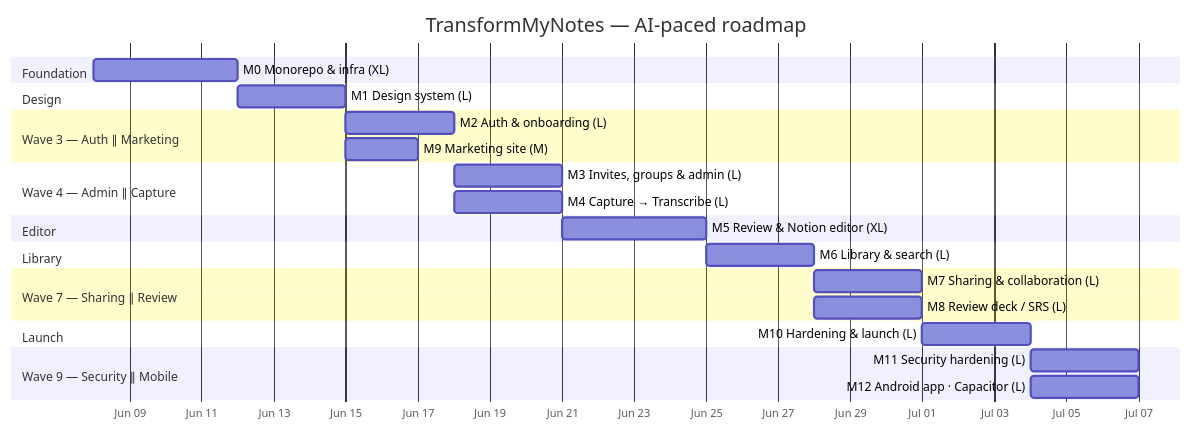
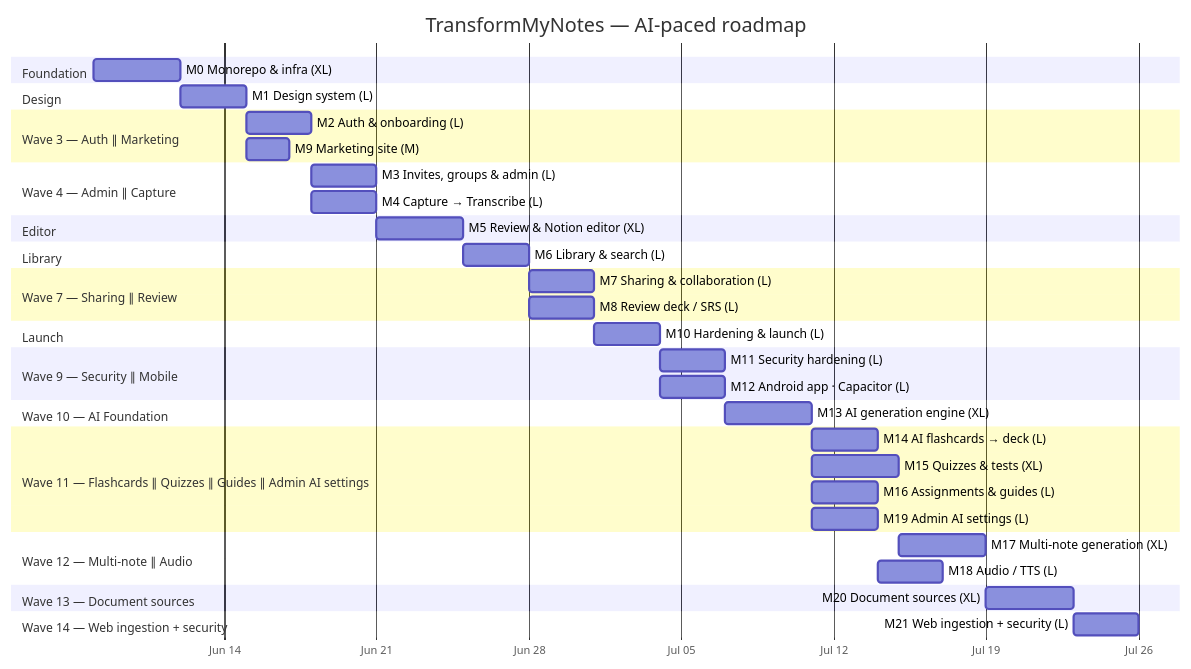
One commit to jasonp2323/transformmynotes changed the second of 2 diagrams in docs/milestones/ROADMAP.md. Above: the diagram before and after it, drawn with Mermaid. The commit also changed other lines of this file and 10 other files, not shown here.

````diff
--- a/docs/milestones/ROADMAP.md
+++ b/docs/milestones/ROADMAP.md
@@ -44,28 +71,42 @@
 ```mermaid
 gantt
   title TransformMyNotes — AI-paced roadmap
   dateFormat YYYY-MM-DD
   axisFormat %b %d
   section Foundation
   M0 Monorepo & infra (XL)      :m0, 2026-06-08, 4d
   section Design
   M1 Design system (L)          :m1, after m0, 3d
   section Wave 3 — Auth ∥ Marketing
   M2 Auth & onboarding (L)      :m2, after m1, 3d
   M9 Marketing site (M)         :m9, after m1, 2d
   section Wave 4 — Admin ∥ Capture
   M3 Invites, groups & admin (L):m3, after m2, 3d
   M4 Capture → Transcribe (L)   :m4, after m2, 3d
   section Editor
   M5 Review & Notion editor (XL):m5, after m4, 4d
   section Library
   M6 Library & search (L)       :m6, after m5, 3d
   section Wave 7 — Sharing ∥ Review
   M7 Sharing & collaboration (L):m7, after m6, 3d
   M8 Review deck / SRS (L)      :m8, after m6, 3d
   section Launch
   M10 Hardening & launch (L)    :m10, after m8, 3d
   section Wave 9 — Security ∥ Mobile
   M11 Security hardening (L)    :m11, after m10, 3d
   M12 Android app · Capacitor (L):m12, after m10, 3d
+  section Wave 10 — AI Foundation
+  M13 AI generation engine (XL) :m13, 2026-07-07, 4d
+  section Wave 11 — Flashcards ∥ Quizzes ∥ Guides ∥ Admin AI settings
+  M14 AI flashcards → deck (L)  :m14, after m13, 3d
+  M15 Quizzes & tests (XL)      :m15, after m13, 4d
+  M16 Assignments & guides (L)  :m16, after m13, 3d
+  M19 Admin AI settings (L)     :m19, after m13, 3d
+  section Wave 12 — Multi-note ∥ Audio
+  M17 Multi-note generation (XL):m17, after m15, 4d
+  M18 Audio / TTS (L)           :m18, after m14, 3d
+  section Wave 13 — Document sources
+  M20 Document sources (XL)     :m20, after m17, 4d
+  section Wave 14 — Web ingestion + security
+  M21 Web ingestion + security (L):m21, after m20, 3d
 ```
````
